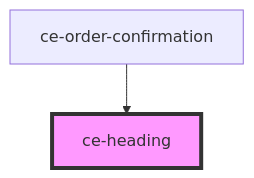
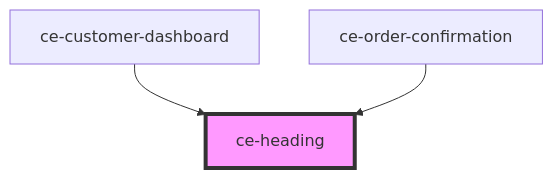
The diagram in packages/components/src/components/ui/heading/readme.md (surecart/surecart-wp-plugin), drawn with Mermaid before and after one commit. The commit also changed other lines of this file and 24 other files, not shown here.

````diff
--- a/packages/components/src/components/ui/heading/readme.md
+++ b/packages/components/src/components/ui/heading/readme.md
@@ -22,5 +23,6 @@
 ```mermaid
 graph TD;
+  ce-customer-dashboard --> ce-heading
   ce-order-confirmation --> ce-heading
   style ce-heading fill:#f9f,stroke:#333,stroke-width:4px
 ```
````
